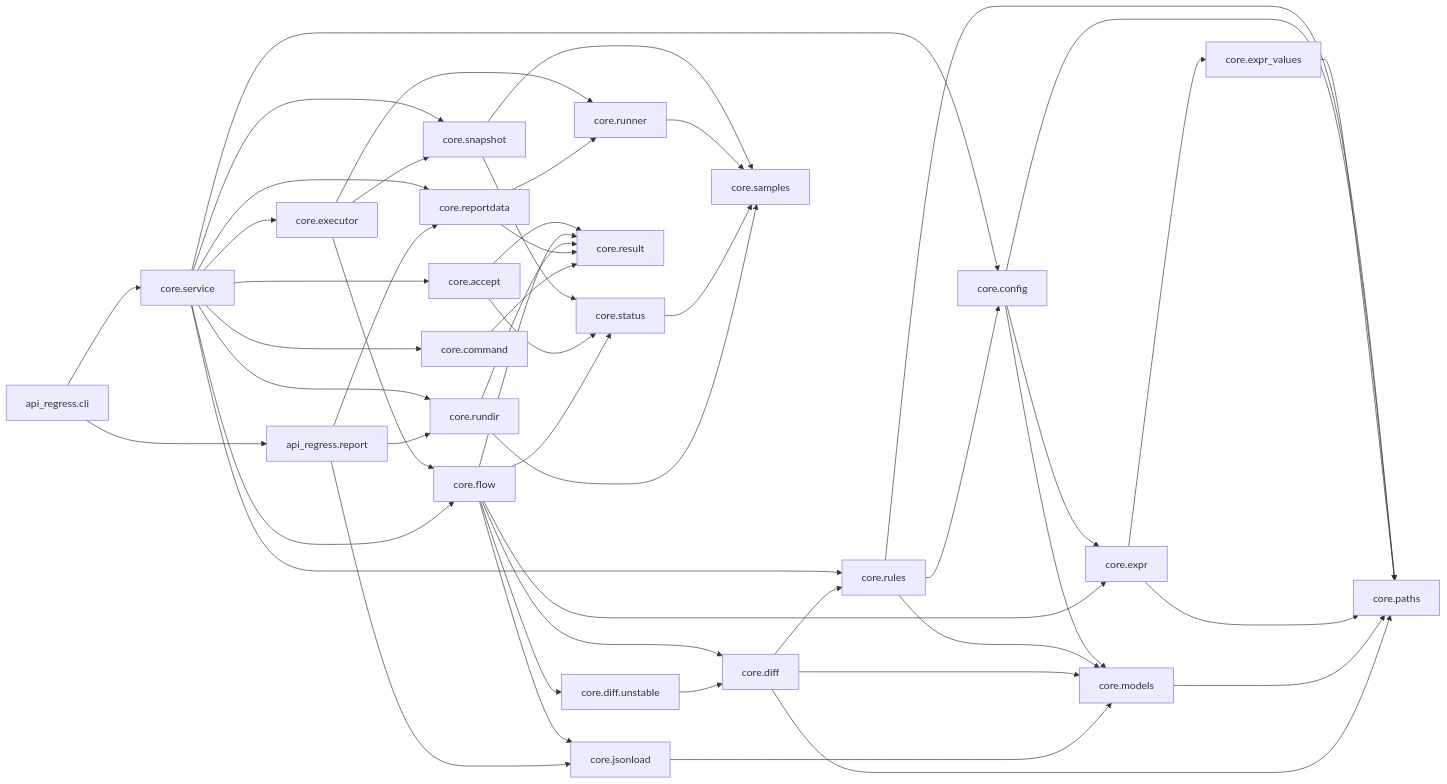
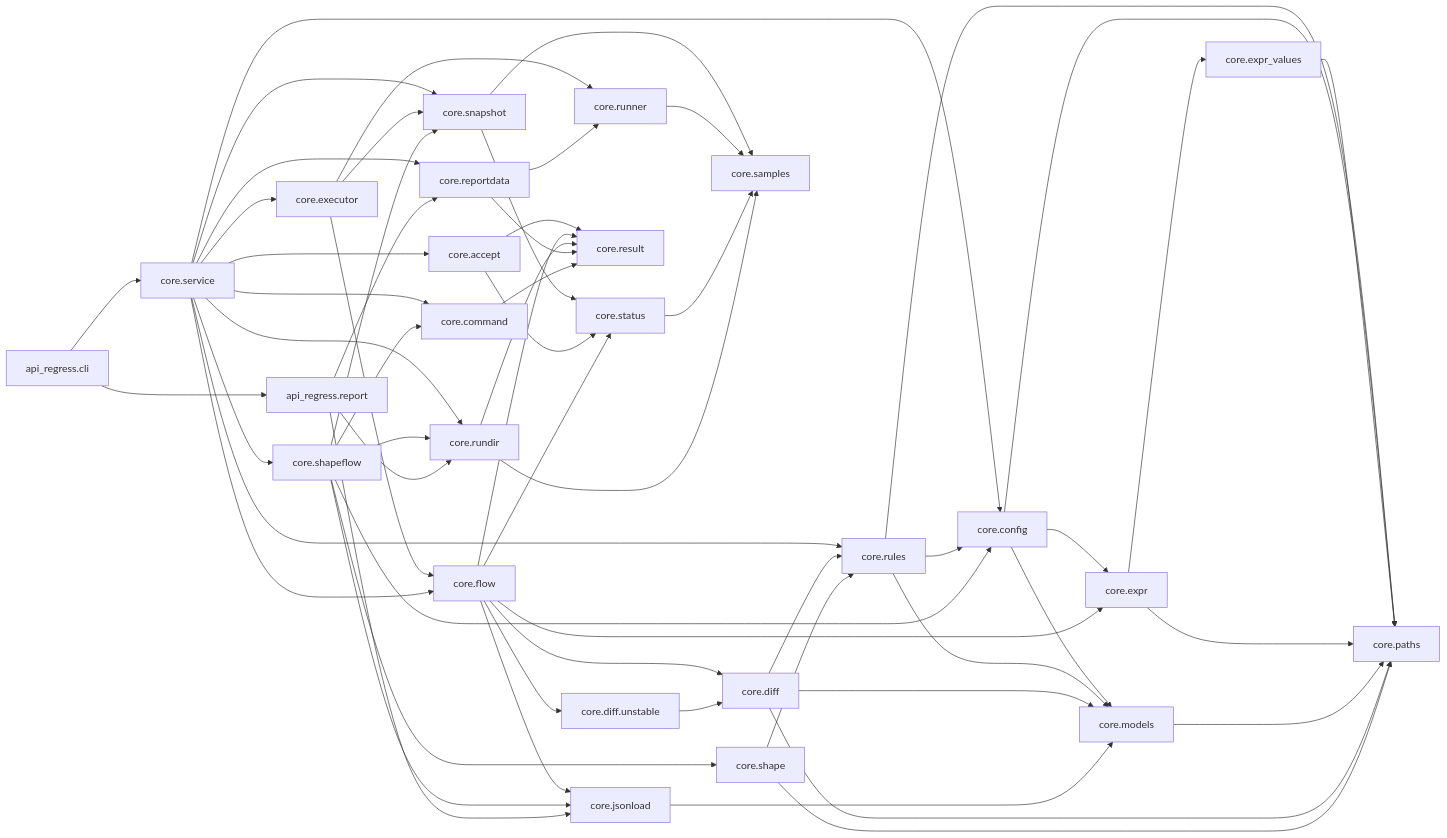
The first of 6 diagrams in doc/dev/architecture.md (caiuswang/api-regress), drawn with Mermaid before and after one commit. The commit also changed other lines of this file and 13 other files, not shown here.

````diff
--- a/doc/dev/architecture.md
+++ b/doc/dev/architecture.md
@@ -8,52 +8,61 @@
 ```mermaid
 flowchart LR
   CLI[api_regress.cli] --> SVC[core.service]
   SVC --> CFG[core.config]
   SVC --> RULES[core.rules]
   RULES --> CFG
   RULES --> PATHS[core.paths]
   CFG --> PATHS
   CFG --> EXPR[core.expr]
   EXPR --> EXPRV[core.expr_values]
   EXPRV --> PATHS
   EXPR --> PATHS
   CFG --> MODELS[core.models]
   RULES --> MODELS
   MODELS --> PATHS
   DIFF[core.diff] --> RULES
   DIFF --> MODELS
   DIFF --> PATHS
   JSONLOAD[core.jsonload] --> MODELS
   SVC --> EXEC[core.executor]
   EXEC --> RUNNER[core.runner]
   EXEC --> FLOW[core.flow]
   SVC --> FLOW
   SVC --> RUNDIR[core.rundir]
   SVC --> SNAP[core.snapshot]
   SVC --> ACCEPT[core.accept]
   EXEC --> SNAP
   SNAP --> SAMPLES
   SNAP --> STATUS
   ACCEPT --> RESULT
   ACCEPT --> STATUS
   FLOW --> STATUS[core.status]
   FLOW --> DIFF
   FLOW --> UNSTABLE[core.diff.unstable]
   FLOW --> JSONLOAD
   FLOW --> EXPR
   FLOW --> RESULT[core.result]
   UNSTABLE --> DIFF
   RUNNER --> SAMPLES[core.samples]
   STATUS --> SAMPLES
   RUNDIR --> SAMPLES
   RUNDIR --> RESULT
   SVC --> RDATA[core.reportdata]
   RDATA --> RUNNER
   RDATA --> RESULT
   SVC --> CMD[core.command]
+  SHAPEFLOW --> CMD
   CMD --> RESULT
+  SVC --> SHAPEFLOW[core.shapeflow]
+  SHAPEFLOW --> SHAPE[core.shape]
+  SHAPEFLOW --> CFG
+  SHAPEFLOW --> SNAP
+  SHAPEFLOW --> RUNDIR
+  SHAPEFLOW --> JSONLOAD
+  SHAPE --> RULES
+  SHAPE --> PATHS
   CLI --> REPORT[api_regress.report]
   REPORT --> RDATA
   REPORT --> JSONLOAD
   REPORT --> RUNDIR
 ```
````
